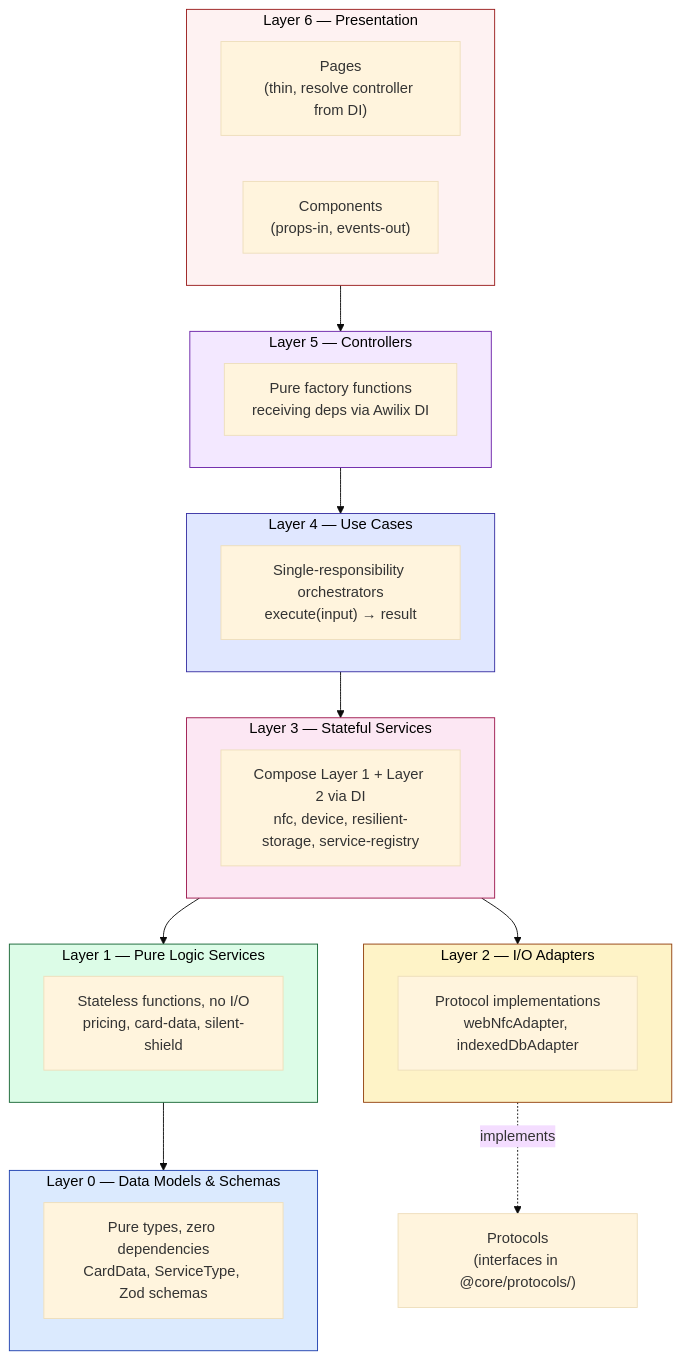
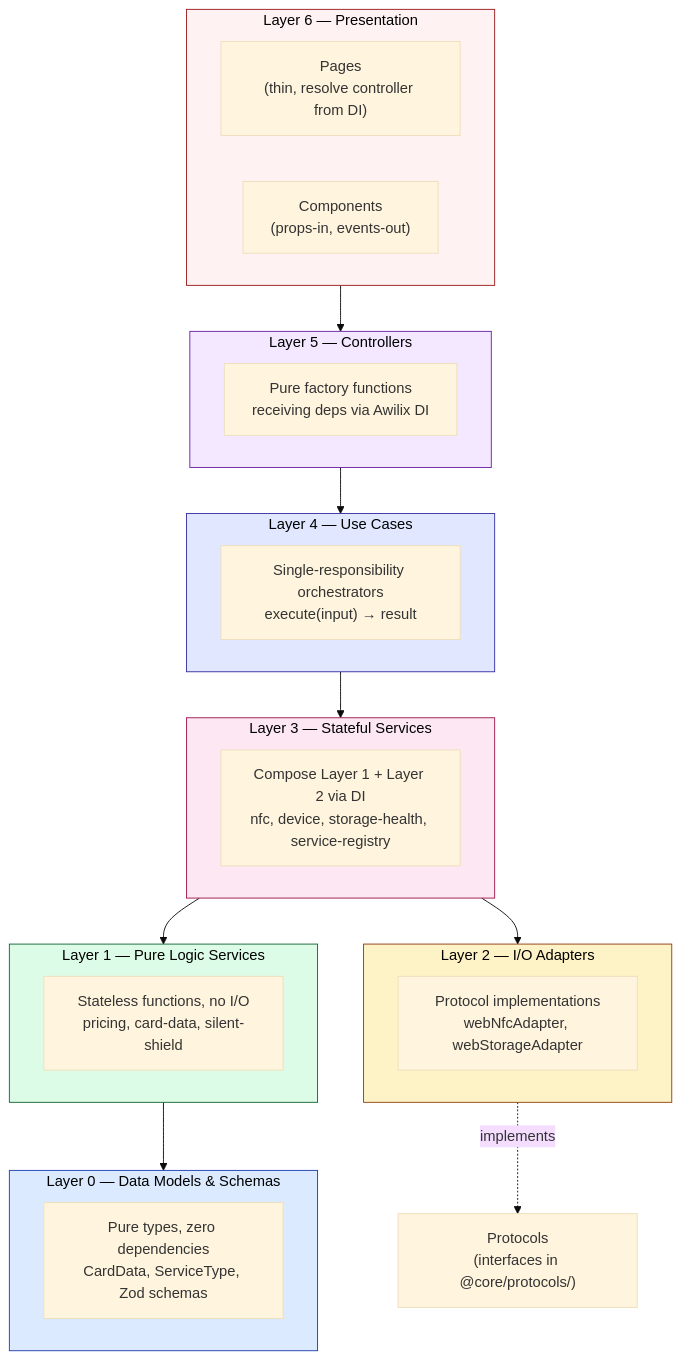
One commit to widdestoyud/assesment-s1-2026 changed the first of 2 diagrams in docs/wiki/membership-benefit-card/01-Architecture/Clean-Architecture.md. Above: the diagram before and after it, drawn with Mermaid (base theme). The commit also changed other lines of this file and 23 other files, not shown here.

First line of the commit message:
chore(mbc): Update agents, specs, wiki docs, and storage architecture (#35)

````diff
--- a/docs/wiki/membership-benefit-card/01-Architecture/Clean-Architecture.md
+++ b/docs/wiki/membership-benefit-card/01-Architecture/Clean-Architecture.md
@@ -11,49 +11,49 @@
 ```mermaid
 graph TB
     subgraph L6["Layer 6 — Presentation"]
         Pages["Pages<br/>(thin, resolve controller from DI)"]
         Components["Components<br/>(props-in, events-out)"]
     end
 
     subgraph L5["Layer 5 — Controllers"]
         Controllers["Pure factory functions<br/>receiving deps via Awilix DI"]
     end
 
     subgraph L4["Layer 4 — Use Cases"]
         UC["Single-responsibility orchestrators<br/>execute(input) → result"]
     end
 
     subgraph L3["Layer 3 — Stateful Services"]
-        SS["Compose Layer 1 + Layer 2 via DI<br/>nfc, device, resilient-storage, service-registry"]
+        SS["Compose Layer 1 + Layer 2 via DI<br/>nfc, device, storage-health, service-registry"]
     end
 
     subgraph L2["Layer 2 — I/O Adapters"]
-        IO["Protocol implementations<br/>webNfcAdapter, indexedDbAdapter"]
+        IO["Protocol implementations<br/>webNfcAdapter, webStorageAdapter"]
     end
 
     subgraph L1["Layer 1 — Pure Logic Services"]
         PL["Stateless functions, no I/O<br/>pricing, card-data, silent-shield"]
     end
 
     subgraph L0["Layer 0 — Data Models & Schemas"]
         DM["Pure types, zero dependencies<br/>CardData, ServiceType, Zod schemas"]
     end
 
     L6 --> L5
     L5 --> L4
     L4 --> L3
     L3 --> L1
     L3 --> L2
     L2 -.->|implements| Protocols
     L1 --> L0
 
     Protocols["Protocols<br/>(interfaces in @core/protocols/)"]
 
     style L0 fill:#dbeafe,stroke:#1e40af,color:#000
     style L1 fill:#dcfce7,stroke:#166534,color:#000
     style L2 fill:#fef3c7,stroke:#92400e,color:#000
     style L3 fill:#fce7f3,stroke:#9d174d,color:#000
     style L4 fill:#e0e7ff,stroke:#3730a3,color:#000
     style L5 fill:#f3e8ff,stroke:#6b21a8,color:#000
     style L6 fill:#fef2f2,stroke:#991b1b,color:#000
 ```
````
